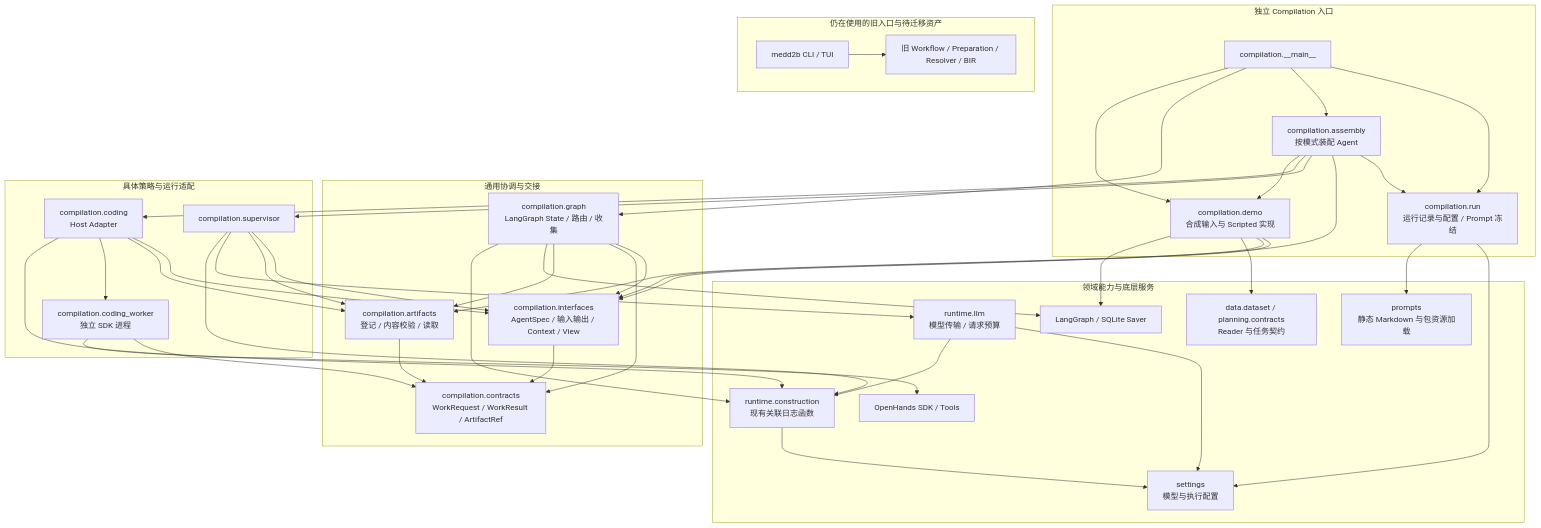
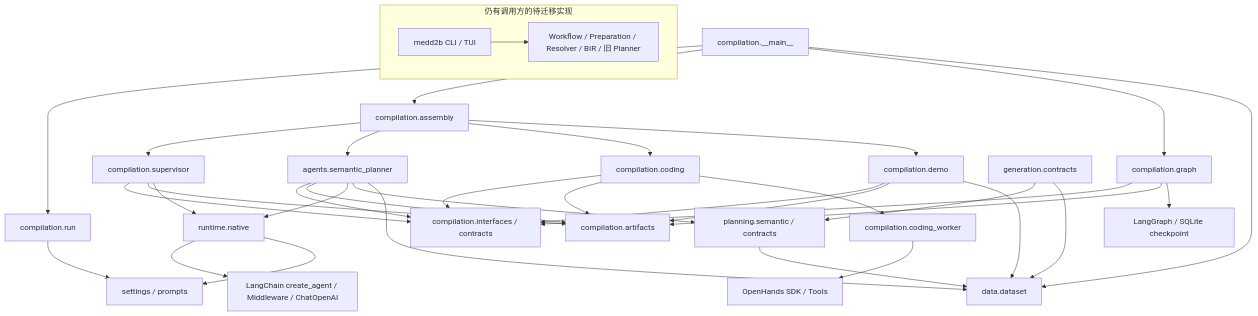
One commit to fly233338/MedBenchAgent changed the first of 3 diagrams in docs/ARCHITECTURE.md. Above: the diagram before and after it, drawn with Mermaid. The commit also changed other lines of this file and 31 other files, not shown here.

Commit message:
feat: add persistent native planning agents and execution contracts

````diff
--- a/docs/ARCHITECTURE.md
+++ b/docs/ARCHITECTURE.md
@@ -11,44 +10,32 @@
 ```mermaid
 flowchart TB
-    subgraph Entry[独立 Compilation 入口]
-        CLI[compilation.__main__]
-        Run[compilation.run<br/>运行记录与配置 / Prompt 冻结]
-        Assembly[compilation.assembly<br/>按模式装配 Agent]
-        Demo[compilation.demo<br/>合成输入与 Scripted 实现]
-    end
-    subgraph Core[通用协调与交接]
-        Graph[compilation.graph<br/>LangGraph State / 路由 / 收集]
-        Interfaces[compilation.interfaces<br/>AgentSpec / 输入输出 / Context / View]
-        Contracts[compilation.contracts<br/>WorkRequest / WorkResult / ArtifactRef]
-        Artifacts[compilation.artifacts<br/>登记 / 内容校验 / 读取]
-    end
-    subgraph Agents[具体策略与运行适配]
-        Supervisor[compilation.supervisor]
-        Coding[compilation.coding<br/>Host Adapter]
-        Worker[compilation.coding_worker<br/>独立 SDK 进程]
-    end
-    subgraph Services[领域能力与底层服务]
-        Prompts[prompts<br/>静态 Markdown 与包资源加载]
-        Settings[settings<br/>模型与执行配置]
-        LLM[runtime.llm<br/>模型传输 / 请求预算]
-        Logs[runtime.construction<br/>现有关联日志函数]
-        Data[data.dataset / planning.contracts<br/>Reader 与任务契约]
-        SDK[OpenHands SDK / Tools]
-        LG[LangGraph / SQLite Saver]
-    end
-    CLI --> Run & Assembly & Graph & Demo
-    Run --> Settings & Prompts
-    Assembly --> Run & Interfaces & Supervisor & Coding & Demo
-    Graph --> Interfaces & Contracts & Artifacts & LG & Logs
-    Interfaces --> Contracts
-    Artifacts --> Contracts
-    Supervisor --> Interfaces & Artifacts & LLM & Logs
-    Coding --> Interfaces & Artifacts & Worker & Logs
-    Worker --> Contracts & SDK
-    Demo --> Interfaces & Artifacts & Data & LG
-    LLM --> Settings & Logs
-    Logs --> Settings
-    subgraph Legacy[仍在使用的旧入口与待迁移资产]
-        OldCLI[medd2b CLI / TUI] --> Workflow[旧 Workflow / Preparation / Resolver / BIR]
+    CLI[compilation.__main__] --> Run[compilation.run]
+    CLI --> Assembly[compilation.assembly]
+    CLI --> Graph[compilation.graph]
+    CLI --> Dataset[data.dataset]
+    Assembly --> Supervisor[compilation.supervisor]
+    Assembly --> Planner[agents.semantic_planner]
+    Assembly --> Coding[compilation.coding]
+    Assembly --> Demo[compilation.demo]
+    Run --> Settings[settings / prompts]
+    Graph --> Interfaces[compilation.interfaces / contracts]
+    Graph --> Artifacts[compilation.artifacts]
+    Graph --> LG[LangGraph / SQLite checkpoint]
+    Supervisor --> Interfaces & Artifacts
+    Planner --> Interfaces & Artifacts
+    Supervisor --> Native[runtime.native]
+    Planner --> Native
+    Native --> LC[LangChain create_agent / Middleware / ChatOpenAI]
+    Native --> Settings
+    Planner --> Semantic[planning.semantic / contracts]
+    Planner --> Dataset
+    Semantic --> Dataset
+    Generation[generation.contracts] --> Semantic & Dataset
+    Coding --> Interfaces & Artifacts
+    Coding --> Worker[compilation.coding_worker]
+    Worker --> SDK[OpenHands SDK / Tools]
+    Demo --> Interfaces & Artifacts & Dataset
+    subgraph Legacy[仍有调用方的待迁移实现]
+        OldCLI[medd2b CLI / TUI] --> Workflow[Workflow / Preparation / Resolver / BIR / 旧 Planner]
     end
 ```
````
